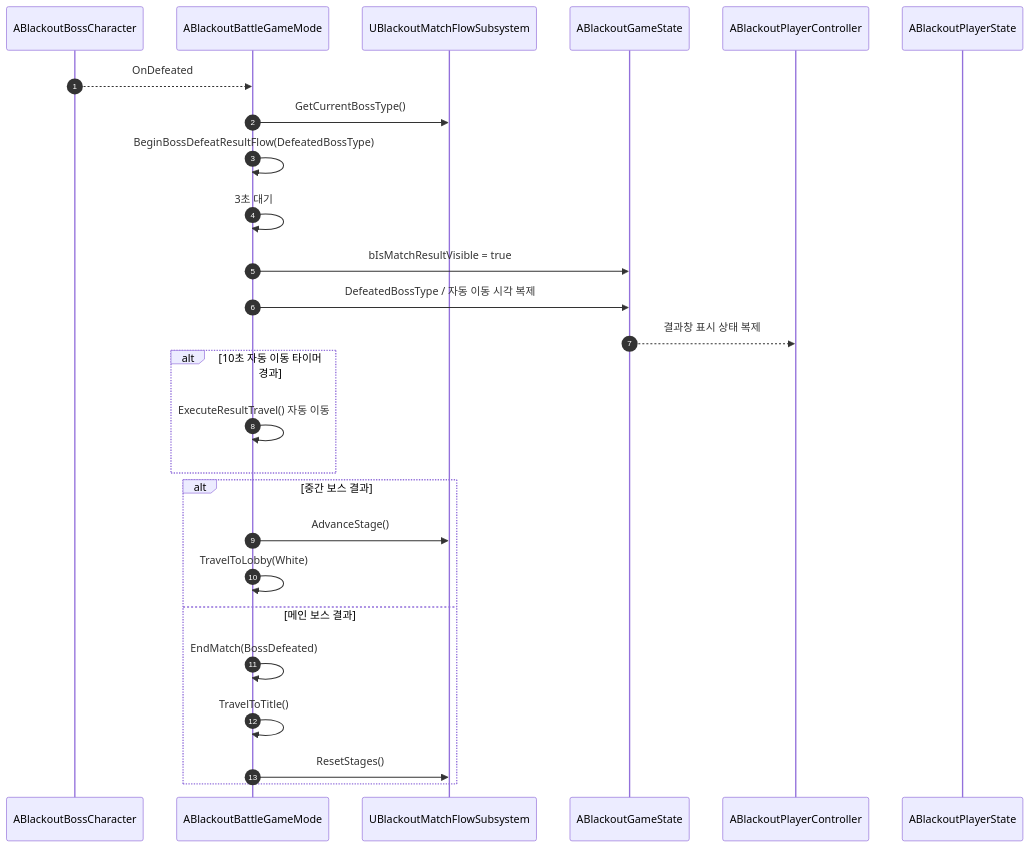
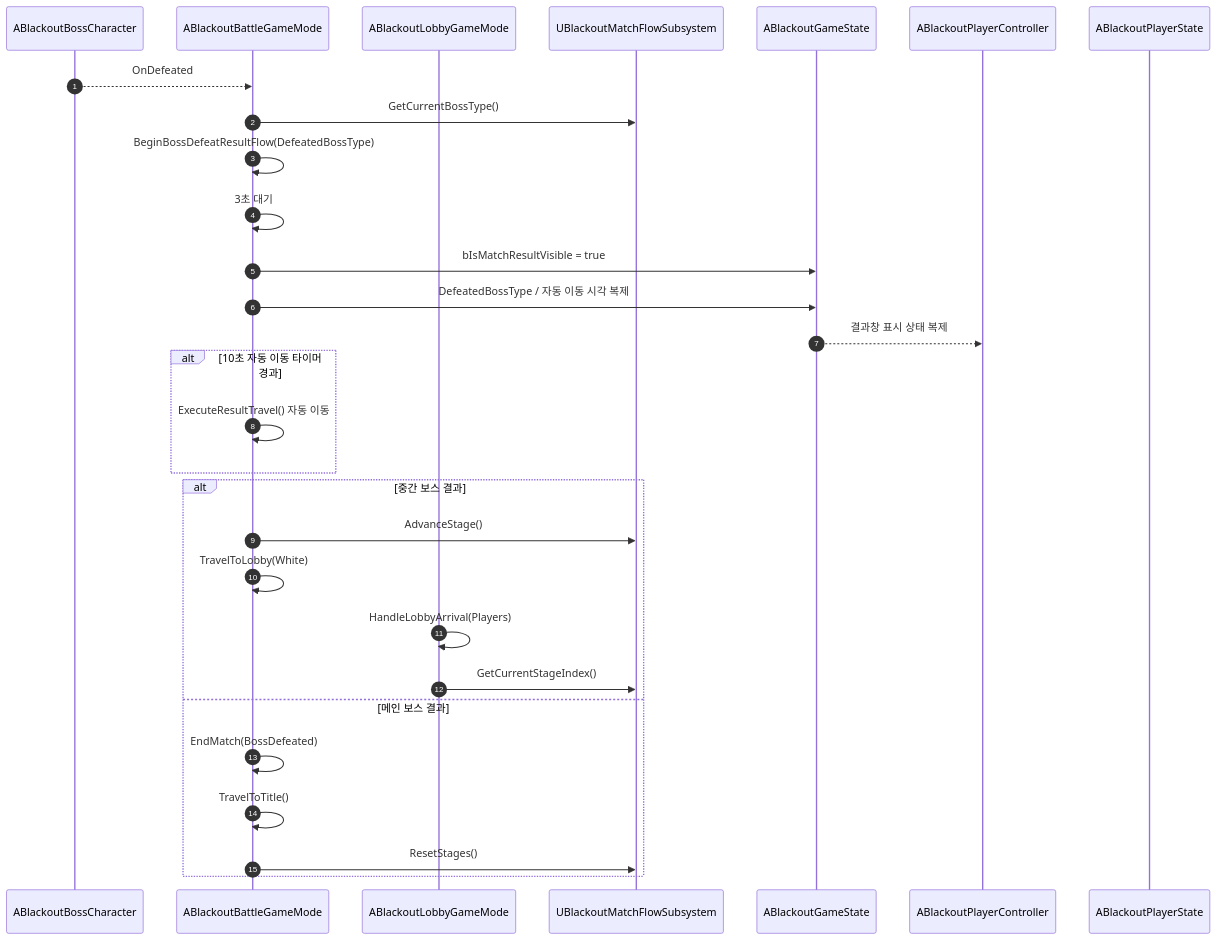
One commit to seongwon1579/ProjectBlackout changed the third of 3 diagrams in Docs/Foundation/12_Game_Flow_Result.md. Above: the diagram before and after it, drawn with Mermaid. The commit also changed other lines of this file and 29 other files, not shown here.

````diff
--- a/Docs/Foundation/12_Game_Flow_Result.md
+++ b/Docs/Foundation/12_Game_Flow_Result.md
@@ -154,31 +166,34 @@
 ```mermaid
 sequenceDiagram
     autonumber
     participant Boss as ABlackoutBossCharacter
     participant GM as ABlackoutBattleGameMode
+    participant LGM as ABlackoutLobbyGameMode
     participant Flow as UBlackoutMatchFlowSubsystem
     participant GS as ABlackoutGameState
     participant PC as ABlackoutPlayerController
     participant PS as ABlackoutPlayerState
 
     Boss-->>GM: OnDefeated
     GM->>Flow: GetCurrentBossType()
     GM->>GM: BeginBossDefeatResultFlow(DefeatedBossType)
     GM->>GM: 3초 대기
     GM->>GS: bIsMatchResultVisible = true
     GM->>GS: DefeatedBossType / 자동 이동 시각 복제
     GS-->>PC: 결과창 표시 상태 복제
 
     alt 10초 자동 이동 타이머 경과
         GM->>GM: ExecuteResultTravel() 자동 이동
     end
 
     alt 중간 보스 결과
         GM->>Flow: AdvanceStage()
         GM->>GM: TravelToLobby(White)
+        LGM->>LGM: HandleLobbyArrival(Players)
+        LGM->>Flow: GetCurrentStageIndex()
     else 메인 보스 결과
         GM->>GM: EndMatch(BossDefeated)
         GM->>GM: TravelToTitle()
         GM->>Flow: ResetStages()
     end
 ```
````
